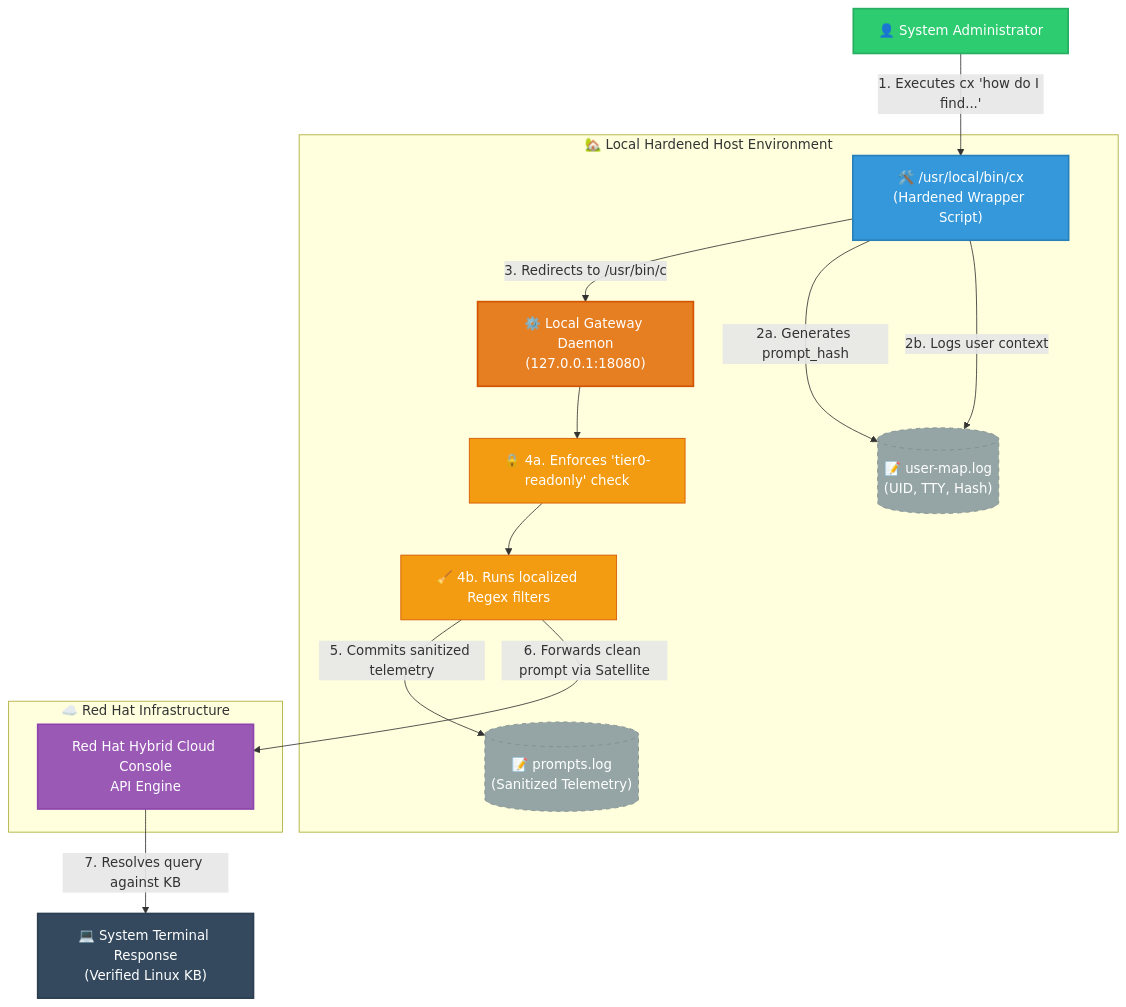
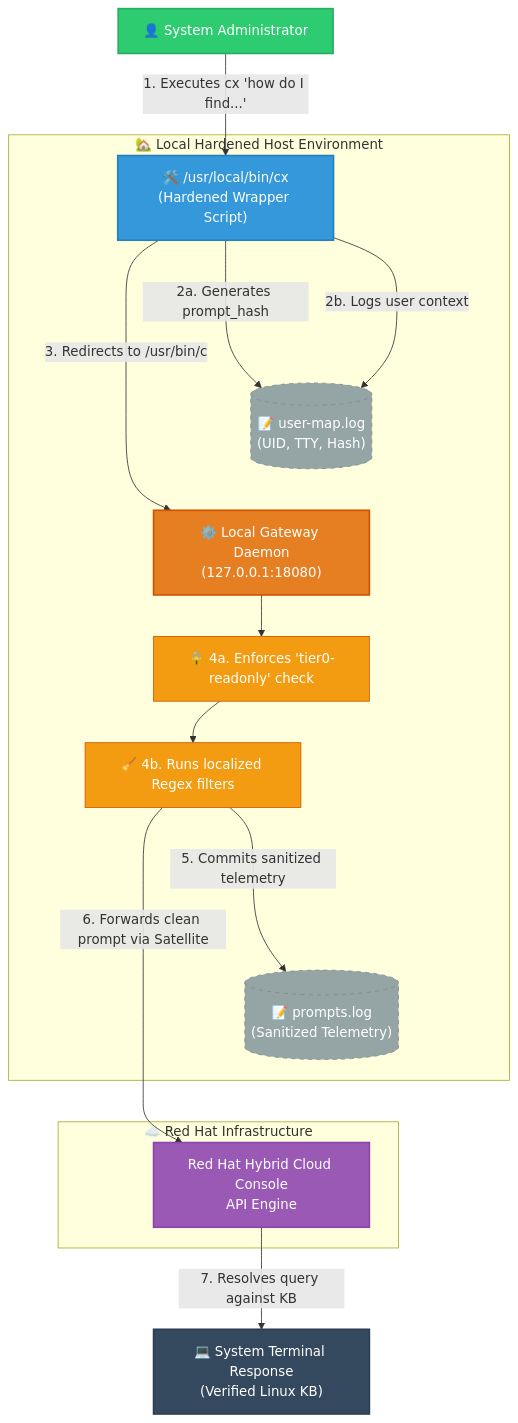
The diagram in architecture.md (kumarj04/cla-gateway), drawn with Mermaid before and after one commit.

Commit message:
Refactor architecture diagram for clarity and alignment

````diff
--- a/architecture.md
+++ b/architecture.md
@@ -1,53 +1,52 @@
 ```mermaid
 graph TD
     %% Styling definitions
     classDef user fill:#2ecc71,stroke:#27ae60,stroke-width:2px,color:#fff;
     classDef local fill:#3498db,stroke:#2980b9,stroke-width:2px,color:#fff;
     classDef daemon fill:#e67e22,stroke:#d35400,stroke-width:2px,color:#fff;
     classDef subEngine fill:#f39c12,stroke:#d35400,stroke-width:1px,color:#fff;
     classDef cloud fill:#9b59b6,stroke:#8e44ad,stroke-width:2px,color:#fff;
     classDef terminal fill:#34495e,stroke:#2c3e50,stroke-width:2px,color:#fff;
     classDef log fill:#95a5a6,stroke:#7f8c8d,stroke-width:1px,color:#fff,stroke-dasharray: 5 5;
 
     %% Workflow Nodes
     Admin[👤 System Administrator]:::user
     
     subgraph LocalHost ["🏡 Local Hardened Host Environment"]
-        %% Main Pipeline (Left Axis)
+        %% Main execution blocks grouped together down the center
         Wrapper["🛠️ /usr/local/bin/cx<br>(Hardened Wrapper Script)"]:::local
         Daemon["⚙️ Local Gateway Daemon<br>(127.0.0.1:18080)"]:::daemon
         Check1["🔒 4a. Enforces 'tier0-readonly' check"]:::subEngine
         Check2["🧹 4b. Runs localized Regex filters"]:::subEngine
         
-        %% Side Logs (Right Axis)
+        %% Side logging containers to break rendering dependency
         UserLog[("📝 user-map.log<br>(UID, TTY, Hash)")]:::log
         PromptLog[("📝 prompts.log<br>(Sanitized Telemetry)")]:::log
     end
 
     subgraph RedHat ["☁️ Red Hat Infrastructure"]
         RHCloud["Red Hat Hybrid Cloud Console<br>API Engine"]:::cloud
     end
 
     Response["💻 System Terminal Response<br>(Verified Linux KB)"]:::terminal
 
-    %% Main Central Flow Execution
+    %% Pipeline Processing
     Admin -->|1. Executes cx 'how do I find...'| Wrapper
     Wrapper -->|3. Redirects to /usr/bin/c| Daemon
     Daemon --> Check1
     Check1 --> Check2
     
-    %% Right Side Database Writes
-    Wrapper -->|2a. Generates prompt_hash| UserLog
-    Wrapper -->|2b. Logs user context| UserLog
-    Check2 -->|5. Commits sanitized telemetry| PromptLog
+    %% Logs split onto separate sides to prevent overlapping connections
+    Wrapper --->|2a. Generates prompt_hash| UserLog
+    Wrapper --->|2b. Logs user context| UserLog
+    Check2 --->|5. Commits sanitized telemetry| PromptLog
     
-    %% Bottom Outbound Exit
+    %% Outbound delivery path
     Check2 -->|6. Forwards clean prompt via Satellite| RHCloud
     RHCloud -->|7. Resolves query against KB| Response
 
-    %% Structural alignment overrides to lock the databases over to the right side
-    Wrapper  ~~~ UserLog
-    Daemon   ~~~ UserLog
-    Check1   ~~~ PromptLog
-    Check2   ~~~ PromptLog
+    %% Explicit rendering constraints to align nodes left-to-right perfectly
+    UserLog ~~~ Daemon
+    Check1 ~~~ PromptLog
+    PromptLog ~~~ RHCloud
 ```
````
